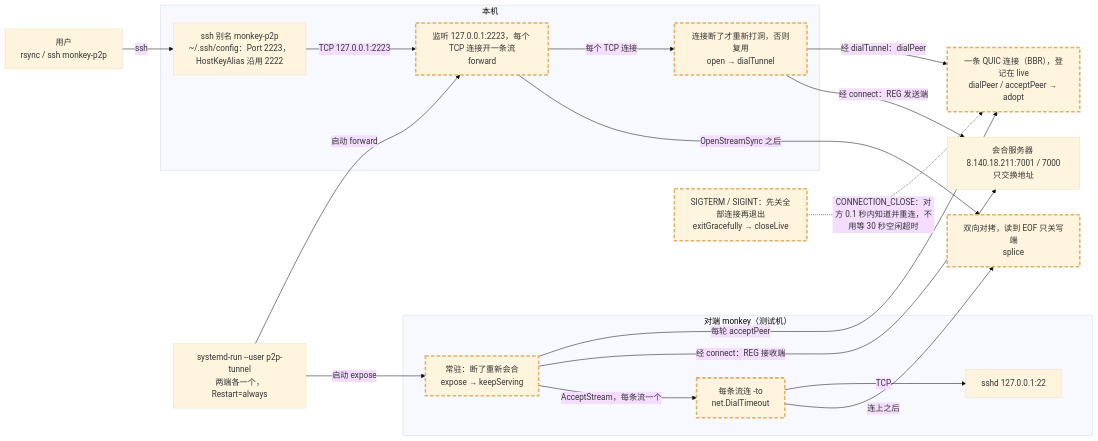
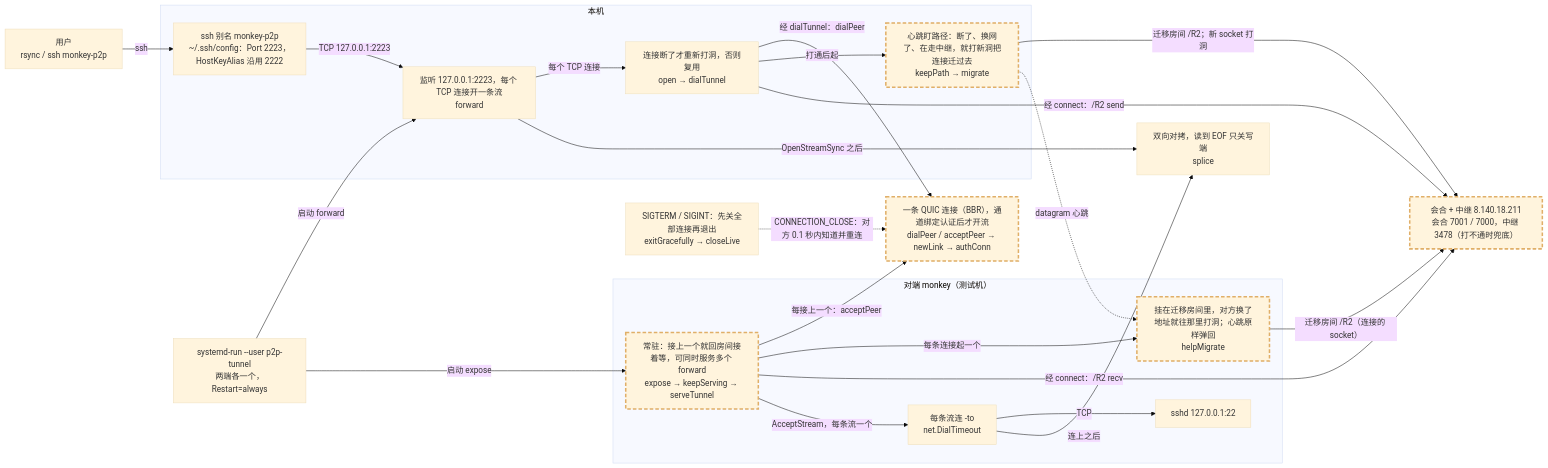
The diagram in docs/arch/32-p2p-tunnel.mmd (numb747/uu-remote-study), drawn with Mermaid (base theme) before and after one commit. The commit also changed 8 other files, not shown here.

First line of the commit message:
架构地图：p2pcp v2（认证、单洞多连接、中继、续传、连接迁移）

```diff
--- a/docs/arch/32-p2p-tunnel.mmd
+++ b/docs/arch/32-p2p-tunnel.mmd
@@ -1,44 +1,54 @@
 flowchart LR
   user["用户<br/>rsync / ssh monkey-p2p"]
   units["systemd-run --user p2p-tunnel<br/>两端各一个，Restart=always"]
   subgraph local["本机"]
     ssh_cfg["ssh 别名 monkey-p2p<br/>~/.ssh/config：Port 2223，HostKeyAlias 沿用 2222"]
-    fwd["监听 127.0.0.1:2223，每个 TCP 连接开一条流<br/>forward"]:::changed
-    open["连接断了才重新打洞，否则复用<br/>open → dialTunnel"]:::changed
+    fwd["监听 127.0.0.1:2223，每个 TCP 连接开一条流<br/>forward"]
+    open["连接断了才重新打洞，否则复用<br/>open → dialTunnel"]
+    keep["心跳盯路径：断了、换网了、在走中继，就打新洞把连接迁过去<br/>keepPath → migrate"]:::changed
   end
-  rdv["会合服务器 8.140.18.211:7001 / 7000<br/>只交换地址"]
-  conn["一条 QUIC 连接（BBR），登记在 live<br/>dialPeer / acceptPeer → adopt"]:::changed
+  rdv["会合 + 中继 8.140.18.211<br/>会合 7001 / 7000，中继 3478（打不通时兜底）"]:::changed
+  conn["一条 QUIC 连接（BBR），通道绑定认证后才开流<br/>dialPeer / acceptPeer → newLink → authConn"]:::changed
   subgraph remote["对端 monkey（测试机）"]
-    exp["常驻：断了重新会合<br/>expose → keepServing"]:::changed
-    dial_to["每条流连 -to<br/>net.DialTimeout"]:::changed
+    exp["常驻：接上一个就回房间接着等，可同时服务多个 forward<br/>expose → keepServing → serveTunnel"]:::changed
+    help["挂在迁移房间里，对方换了地址就往那里打洞；心跳原样弹回<br/>helpMigrate"]:::changed
+    dial_to["每条流连 -to<br/>net.DialTimeout"]
     sshd["sshd 127.0.0.1:22"]
   end
-  splice["双向对拷，读到 EOF 只关写端<br/>splice"]:::changed
-  exitg["SIGTERM / SIGINT：先关全部连接再退出<br/>exitGracefully → closeLive"]:::changed
+  splice["双向对拷，读到 EOF 只关写端<br/>splice"]
+  exitg["SIGTERM / SIGINT：先关全部连接再退出<br/>exitGracefully → closeLive"]
 
   user -->|"ssh"| ssh_cfg
   ssh_cfg -->|"TCP 127.0.0.1:2223"| fwd
   units -->|"启动 forward"| fwd
   units -->|"启动 expose"| exp
   fwd -->|"每个 TCP 连接"| open
   open -->|"经 dialTunnel：dialPeer"| conn
-  exp -->|"每轮 acceptPeer"| conn
-  open -->|"经 connect：REG 发送端"| rdv
-  exp -->|"经 connect：REG 接收端"| rdv
+  open -->|"打通后起"| keep
+  exp -->|"每接上一个：acceptPeer"| conn
+  exp -->|"每条连接起一个"| help
+  open -->|"经 connect：/R2 send"| rdv
+  exp -->|"经 connect：/R2 recv"| rdv
+  keep -->|"迁移房间 /R2；新 socket 打洞"| rdv
+  help -->|"迁移房间 /R2（连接的 socket）"| rdv
+  keep -.->|"datagram 心跳"| help
   exp -->|"AcceptStream，每条流一个"| dial_to
   dial_to -->|TCP| sshd
   fwd -->|"OpenStreamSync 之后"| splice
   dial_to -->|"连上之后"| splice
-  exitg -.->|"CONNECTION_CLOSE：对方 0.1 秒内知道并重连，不用等 30 秒空闲超时"| conn
+  exitg -.->|"CONNECTION_CLOSE：对方 0.1 秒内知道并重连"| conn
 
 %% @src fwd lab/p2pcp/tunnel.go func forward(
 %% @src open lab/p2pcp/tunnel.go open := func() (*quic.Stream, error)
+%% @src keep lab/p2pcp/tunnel.go func keepPath(
 %% @src rdv lab/punch/main.go func runServer
-%% @src conn lab/p2pcp/transfer.go func adopt(
-%% @src exp lab/p2pcp/tunnel.go func expose(
+%% @src conn lab/p2pcp/link.go func newLink(
+%% @src exp lab/p2pcp/tunnel.go func serveTunnel(
+%% @src help lab/p2pcp/tunnel.go func helpMigrate(
 %% @src dial_to lab/p2pcp/tunnel.go c, err := net.DialTimeout("tcp", o.to, 5*time.Second)
 %% @src splice lab/p2pcp/tunnel.go func splice(
 %% @src exitg lab/p2pcp/main.go func exitGracefully
+%% @link keep 25-flow-migrate.mmd
 %% @link open 24-flow-p2pcp.mmd
 %% @link rdv 20-flow-punch.mmd
 classDef changed stroke:#e0af68,stroke-width:3px,stroke-dasharray:7 4
```
